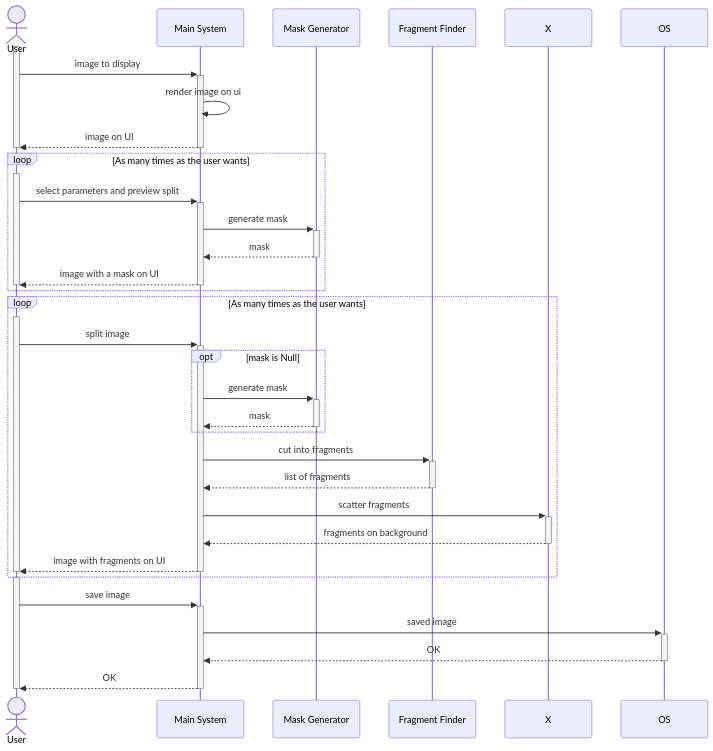
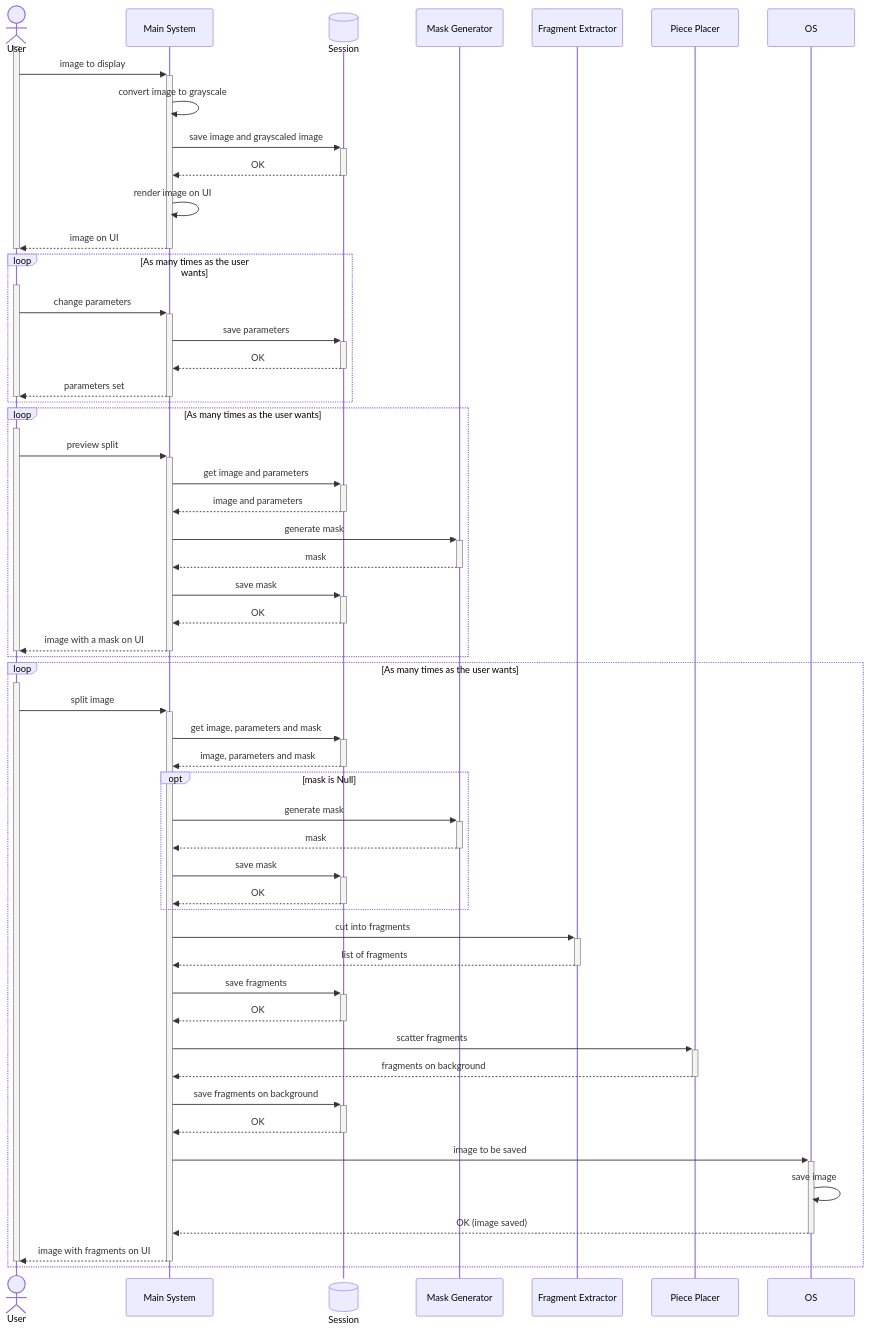
The diagram in diagrams/sequence_diagram_module_1.md (zalewskaz/Fragmented-Document-Reconstruction), drawn with Mermaid before and after one commit. The commit also changed 1 other file, not shown here.

Commit message:
final diagrams

````diff
--- a/diagrams/sequence_diagram_module_1.md
+++ b/diagrams/sequence_diagram_module_1.md
@@ -1,46 +1,69 @@
 ```mermaid
 sequenceDiagram
     actor U as User
     participant MS as Main System
+    participant S@{ "type" : "database" } as Session
     participant MG as Mask Generator
-    participant F as Fragment Finder
-    participant X
+    participant F as Fragment Extractor
+    participant P as Piece Placer
     participant OS
 
     activate U
     U ->> +MS: image to display
-    MS ->> MS: render image on ui
+    MS ->> MS: convert image to grayscale
+    MS ->> +S: save image and grayscaled image
+    S -->> -MS: OK
+    MS ->> MS: render image on UI
     MS -->> -U: image on UI
     deactivate U
 
     loop As many times as the user wants
         activate U
-        U ->> +MS: select parameters and preview split
+        U ->> +MS: change parameters
+        MS ->> +S: save parameters
+        S -->> -MS: OK
+        MS -->> -U: parameters set
+        deactivate U
+    end
+
+    loop As many times as the user wants
+        activate U
+        U ->> +MS: preview split
+        MS ->> +S: get image and parameters
+        S -->> -MS: image and parameters
         MS ->> +MG: generate mask
         MG -->> -MS: mask
+        MS ->> +S: save mask
+        S -->> -MS: OK
         MS -->> -U: image with a mask on UI
         deactivate U
     end
 
     loop As many times as the user wants
         activate U
         U ->> +MS: split image
+        MS ->> +S: get image, parameters and mask
+        S -->> -MS: image, parameters and mask
         opt mask is Null
             MS ->> +MG: generate mask
             MG -->> -MS: mask
+            MS ->> +S: save mask
+            S -->> -MS: OK
         end
         MS ->> +F: cut into fragments
         F -->> -MS: list of fragments
-        MS ->> +X: scatter fragments
-        X -->> -MS: fragments on background
+        MS ->> +S: save fragments
+        S -->> -MS: OK
+        MS ->> +P: scatter fragments
+        P -->> -MS: fragments on background
+        MS ->> +S: save fragments on background
+        S -->> -MS: OK
+
+        MS ->> +OS: image to be saved
+        OS ->> OS: save image
+        OS -->> -MS: OK (image saved)
+
         MS -->> -U: image with fragments on UI
         deactivate U
     end
-
-    activate U
-    U ->> +MS: save image
-    MS ->> +OS: saved image
-    OS -->> -MS: OK
-    MS -->> -U: OK
-    deactivate U
 ```
````
